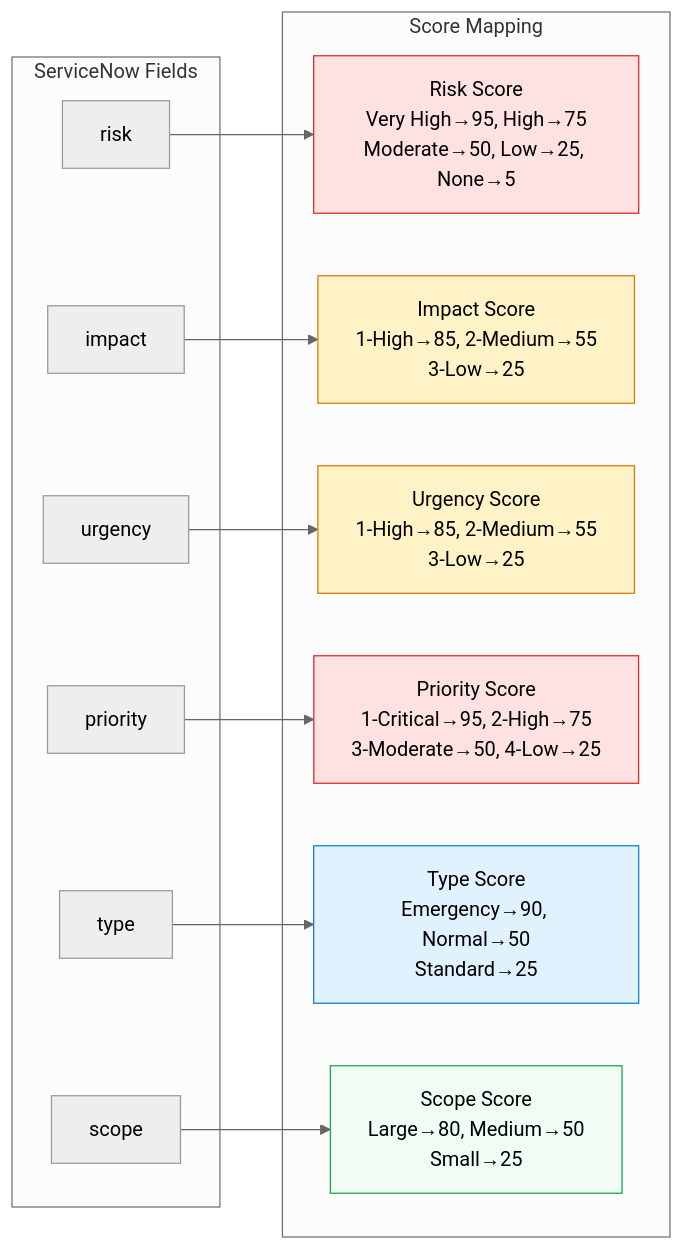
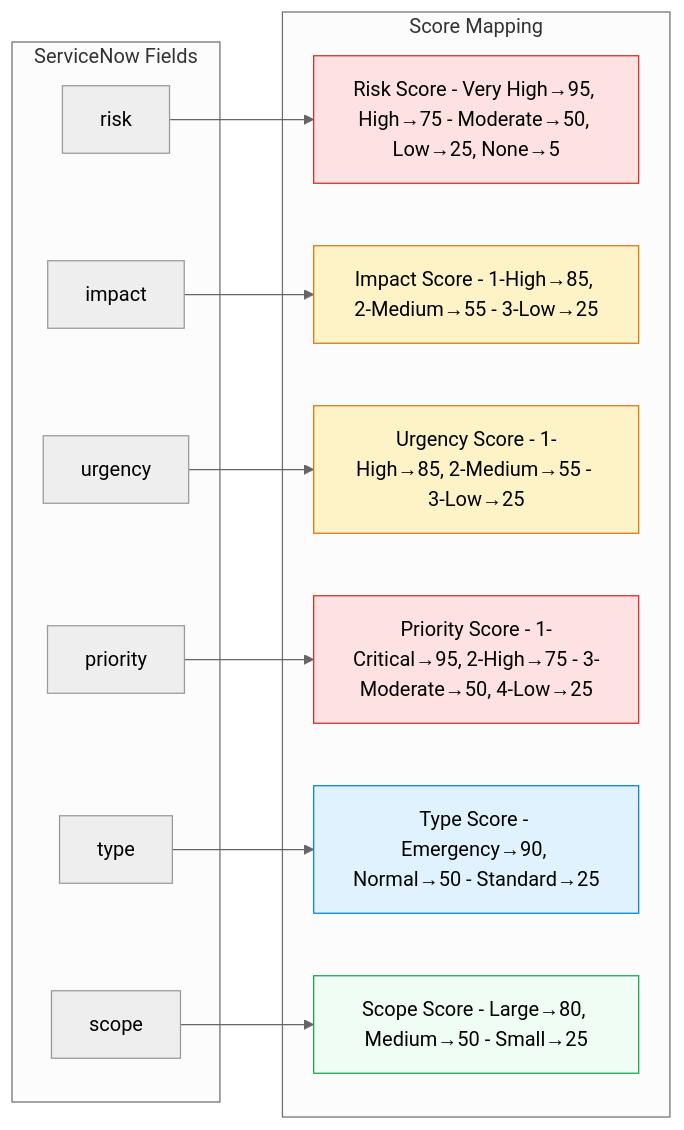
Before and after one commit to jj-shen99/changefabric: the third of 9 diagrams in docs/IMPACT_ANALYSIS.md, drawn with Mermaid (neutral theme). The commit also changed other lines of this file and 10 other files, not shown here.

First line of the commit message:
Fix Mermaid syntax errors, update all docs to v1.3.0

````diff
--- a/docs/IMPACT_ANALYSIS.md
+++ b/docs/IMPACT_ANALYSIS.md
@@ -122,34 +122,34 @@
 ```mermaid
 graph LR
     subgraph "ServiceNow Fields"
         R[risk]
         I[impact]
         U[urgency]
         P[priority]
         T[type]
         S[scope]
     end
 
     subgraph "Score Mapping"
-        RS["Risk Score<br/>Very High→95, High→75<br/>Moderate→50, Low→25, None→5"]
-        IS["Impact Score<br/>1-High→85, 2-Medium→55<br/>3-Low→25"]
-        US["Urgency Score<br/>1-High→85, 2-Medium→55<br/>3-Low→25"]
-        PS["Priority Score<br/>1-Critical→95, 2-High→75<br/>3-Moderate→50, 4-Low→25"]
-        TS["Type Score<br/>Emergency→90, Normal→50<br/>Standard→25"]
-        SS["Scope Score<br/>Large→80, Medium→50<br/>Small→25"]
+        RS["Risk Score - Very High→95, High→75 - Moderate→50, Low→25, None→5"]
+        IS["Impact Score - 1-High→85, 2-Medium→55 - 3-Low→25"]
+        US["Urgency Score - 1-High→85, 2-Medium→55 - 3-Low→25"]
+        PS["Priority Score - 1-Critical→95, 2-High→75 - 3-Moderate→50, 4-Low→25"]
+        TS["Type Score - Emergency→90, Normal→50 - Standard→25"]
+        SS["Scope Score - Large→80, Medium→50 - Small→25"]
     end
 
     R --> RS
     I --> IS
     U --> US
     P --> PS
     T --> TS
     S --> SS
 
     style RS fill:#fee2e2,stroke:#dc2626
     style IS fill:#fef3c7,stroke:#d97706
     style US fill:#fef3c7,stroke:#d97706
     style PS fill:#fee2e2,stroke:#dc2626
     style TS fill:#e0f2fe,stroke:#0284c7
     style SS fill:#f0fdf4,stroke:#16a34a
 ```
````
